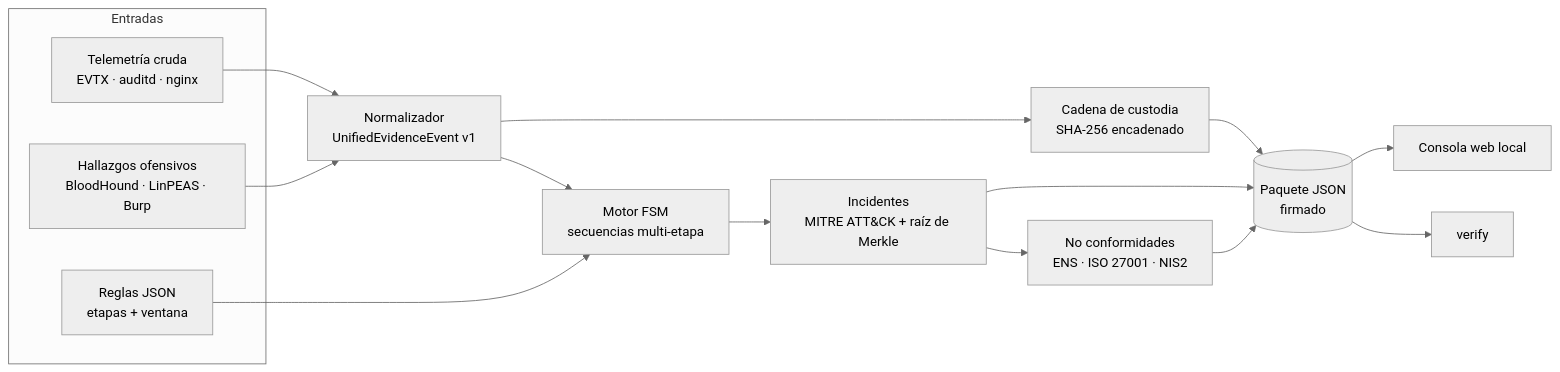
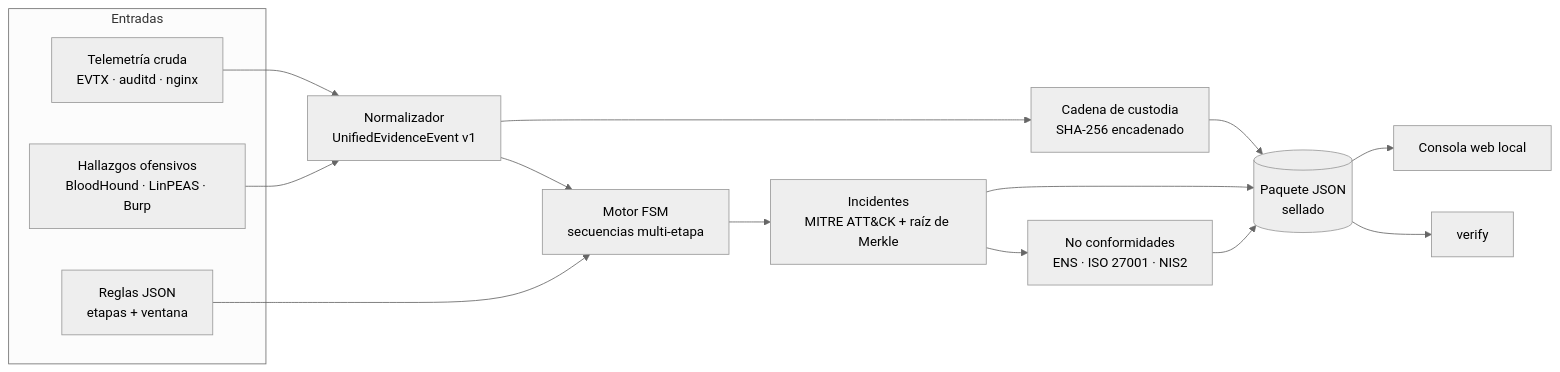
The first of 2 diagrams in README.md (heindall92/evidence-correlator), drawn with Mermaid (neutral theme) before and after one commit. The commit also changed other lines of this file and 5 other files, not shown here.

````diff
--- a/README.md
+++ b/README.md
@@ -89,20 +161,20 @@
 ```mermaid
 flowchart LR
   subgraph Entradas
     F["Hallazgos ofensivos<br/>BloodHound · LinPEAS · Burp"]
     T["Telemetría cruda<br/>EVTX · auditd · nginx"]
     R["Reglas JSON<br/>etapas + ventana"]
   end
   T --> N["Normalizador<br/>UnifiedEvidenceEvent v1"]
   F --> N
   N --> C["Cadena de custodia<br/>SHA-256 encadenado"]
   N --> E["Motor FSM<br/>secuencias multi-etapa"]
   R --> E
   E --> I["Incidentes<br/>MITRE ATT&CK + raíz de Merkle"]
   I --> G["No conformidades<br/>ENS · ISO 27001 · NIS2"]
-  C --> B[("Paquete JSON<br/>firmado")]
+  C --> B[("Paquete JSON<br/>sellado")]
   I --> B
   G --> B
   B --> D["Consola web local"]
   B --> V["verify"]
 ```
````
